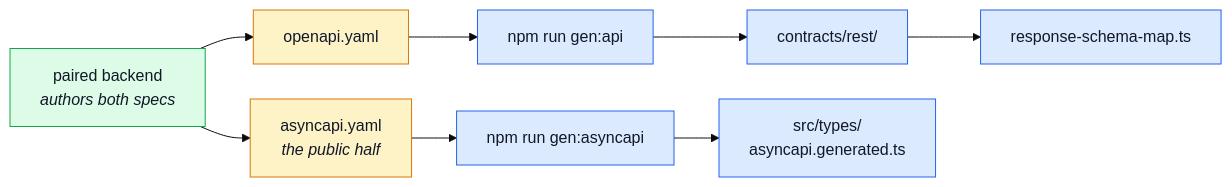
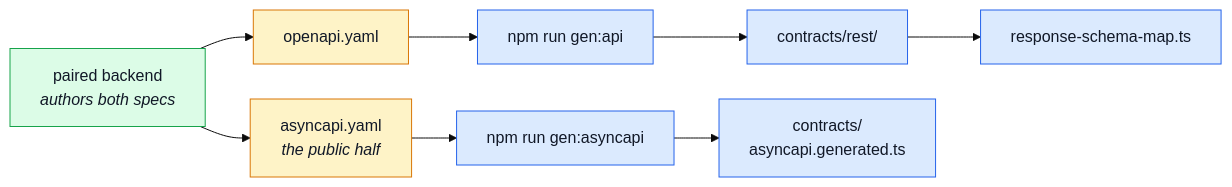
Before and after one commit to Guebbit/boilerplate-vue-frontend: the diagram in docs/reference/contracts.md, drawn with Mermaid (base theme). The commit also changed 31 other files, not shown here.

````diff
--- a/docs/reference/contracts.md
+++ b/docs/reference/contracts.md
@@ -15,18 +15,18 @@
 ```mermaid
 %%{init: {'flowchart': {'nodeSpacing': 35, 'rankSpacing': 45}}}%%
 flowchart LR
     BE["paired backend<br/><i>authors both specs</i>"] --> O["openapi.yaml"]
     BE --> A["asyncapi.yaml<br/><i>the public half</i>"]
     O --> Orval["npm run gen:api"]
     Orval --> C["contracts/rest/"]
     A --> Gen["npm run gen:asyncapi"]
-    Gen --> T["src/types/<br/>asyncapi.generated.ts"]
+    Gen --> T["contracts/<br/>asyncapi.generated.ts"]
     C --> Map["response-schema-map.ts"]
 
     classDef ext fill:#dcfce7,stroke:#16a34a,color:#111827;
     classDef spec fill:#fef3c7,stroke:#d97706,color:#111827;
     classDef gen fill:#dbeafe,stroke:#2563eb,color:#111827;
     class BE ext;
     class O,A spec;
     class Orval,Gen,C,T,Map gen;
 ```
````
